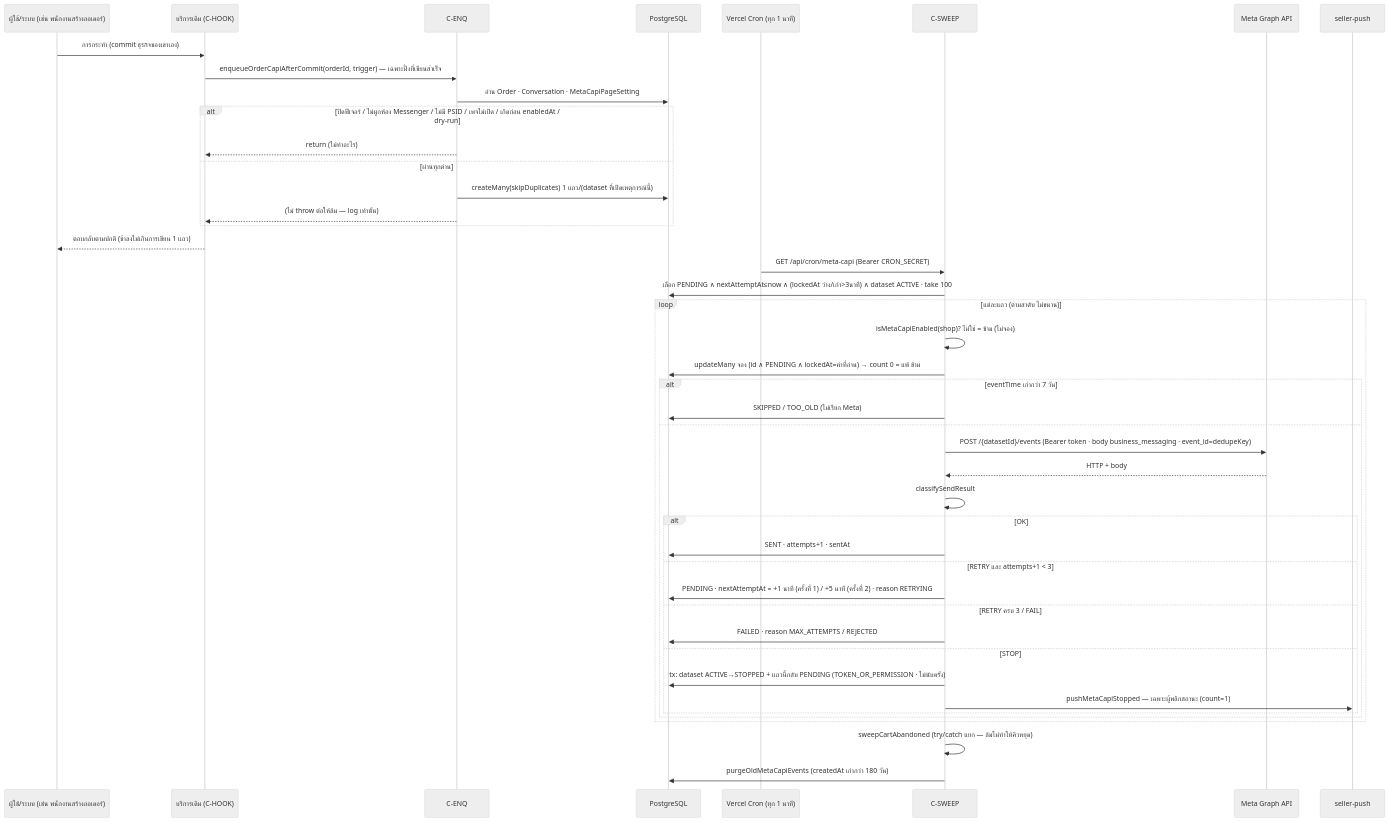
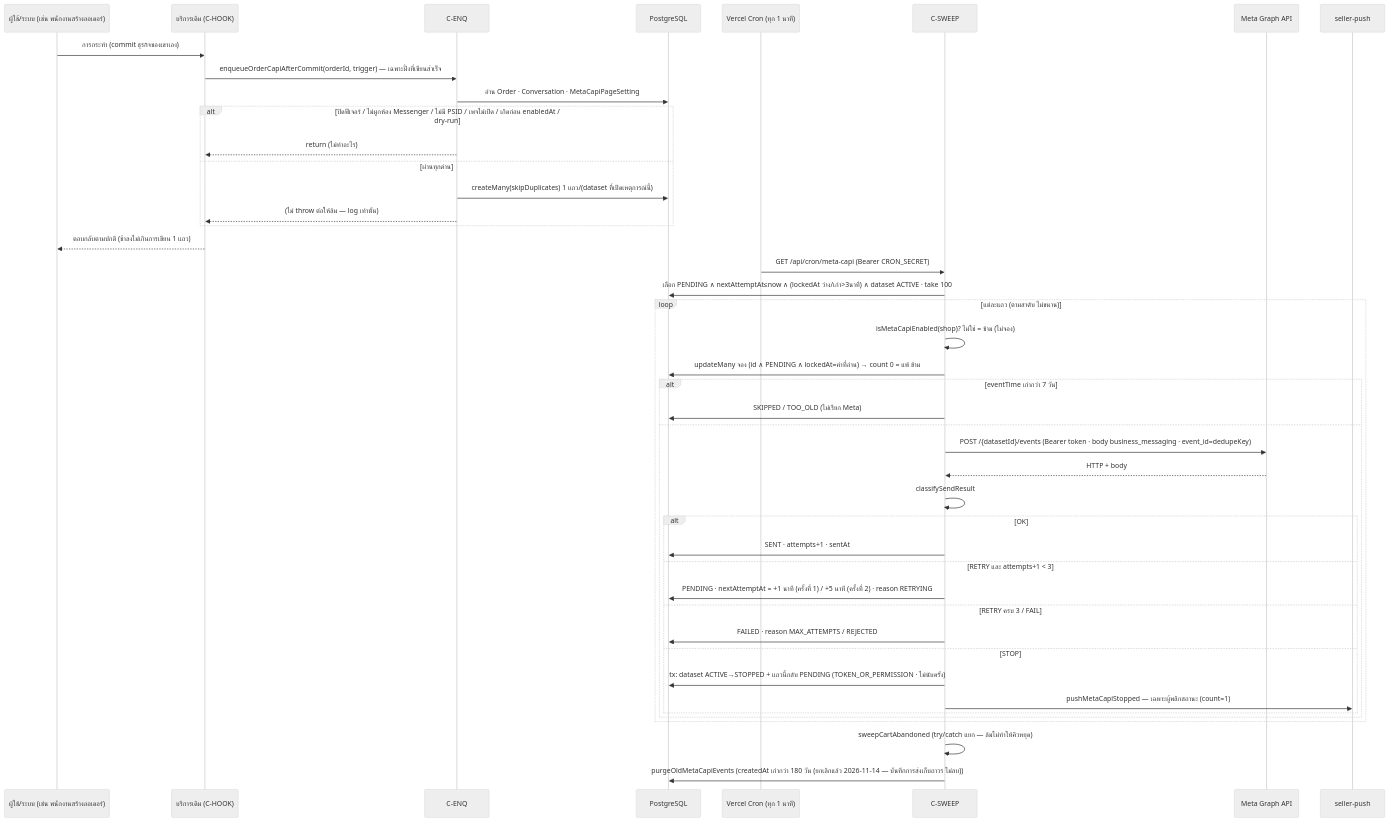
One commit to CodeCooLTH/deep-web changed the second of 5 diagrams in docs/20 - Features/00089 - Meta Conversion API/SDS.md. Above: the diagram before and after it, drawn with Mermaid (neutral theme). The commit also changed 12 other files, not shown here.

First line of the commit message:
feat(00089): บันทึกการส่ง Conversions API เก็บถาวร ไม่ลบเมื่อครบ 180 วัน (#230)

````diff
--- a/docs/20 - Features/00089 - Meta Conversion API/SDS.md
+++ b/docs/20 - Features/00089 - Meta Conversion API/SDS.md
@@ -160,48 +160,48 @@
 ```mermaid
 sequenceDiagram
     participant U as ผู้ใช้/ระบบ (เช่น พนักงานสร้างออเดอร์)
     participant H as บริการเดิม (C-HOOK)
     participant E as C-ENQ
     participant DB as PostgreSQL
     participant CR as Vercel Cron (ทุก 1 นาที)
     participant S as C-SWEEP
     participant M as Meta Graph API
     participant P as seller-push
 
     U->>H: การกระทำ (commit ธุรกิจของเขาเอง)
     H->>E: enqueueOrderCapiAfterCommit(orderId, trigger) — เฉพาะฝั่งที่เขียนสำเร็จ
     E->>DB: อ่าน Order · Conversation · MetaCapiPageSetting
     alt ปิดฟีเจอร์ / ไม่ผูกห้อง Messenger / ไม่มี PSID / เพจไม่เปิด / เกิดก่อน enabledAt / dry-run
         E-->>H: return (ไม่ทำอะไร)
     else ผ่านทุกด่าน
         E->>DB: createMany(skipDuplicates) 1 แถว/(dataset ที่เปิดเหตุการณ์นี้)
         E-->>H: (ไม่ throw ต่อให้ล้ม — log เท่านั้น)
     end
     H-->>U: ตอบกลับตามปกติ (ช้าลงไม่เกินการเขียน 1 แถว)
 
     CR->>S: GET /api/cron/meta-capi (Bearer CRON_SECRET)
     S->>DB: เลือก PENDING ∧ nextAttemptAt≤now ∧ (lockedAt ว่าง/เก่า>3นาที) ∧ dataset ACTIVE · take 100
     loop แต่ละแถว (ตามลำดับ ไม่ขนาน)
         S->>S: isMetaCapiEnabled(shop)? ไม่ใช่ = ข้าม (ไม่จอง)
         S->>DB: updateMany จอง (id ∧ PENDING ∧ lockedAt=ค่าที่อ่าน) → count 0 = แพ้ ข้าม
         alt eventTime เก่ากว่า 7 วัน
             S->>DB: SKIPPED / TOO_OLD (ไม่เรียก Meta)
         else
             S->>M: POST /{datasetId}/events (Bearer token · body business_messaging · event_id=dedupeKey)
             M-->>S: HTTP + body
             S->>S: classifySendResult
             alt OK
                 S->>DB: SENT · attempts+1 · sentAt
             else RETRY และ attempts+1 < 3
                 S->>DB: PENDING · nextAttemptAt = +1 นาที (ครั้งที่ 1) / +5 นาที (ครั้งที่ 2) · reason RETRYING
             else RETRY ครบ 3 / FAIL
                 S->>DB: FAILED · reason MAX_ATTEMPTS / REJECTED
             else STOP
                 S->>DB: tx: dataset ACTIVE→STOPPED + แถวนี้กลับ PENDING (TOKEN_OR_PERMISSION · ไม่นับครั้ง)
                 S->>P: pushMetaCapiStopped — เฉพาะผู้พลิกสถานะ (count=1)
             end
         end
     end
     S->>S: sweepCartAbandoned (try/catch แยก — ล้มไม่ทำให้คิวหยุด)
-    S->>DB: purgeOldMetaCapiEvents (createdAt เก่ากว่า 180 วัน)
+    S->>DB: purgeOldMetaCapiEvents (createdAt เก่ากว่า 180 วัน (ยกเลิกแล้ว 2026-11-14 — บันทึกการส่งเก็บถาวร ไม่ลบ))
 ```
````
